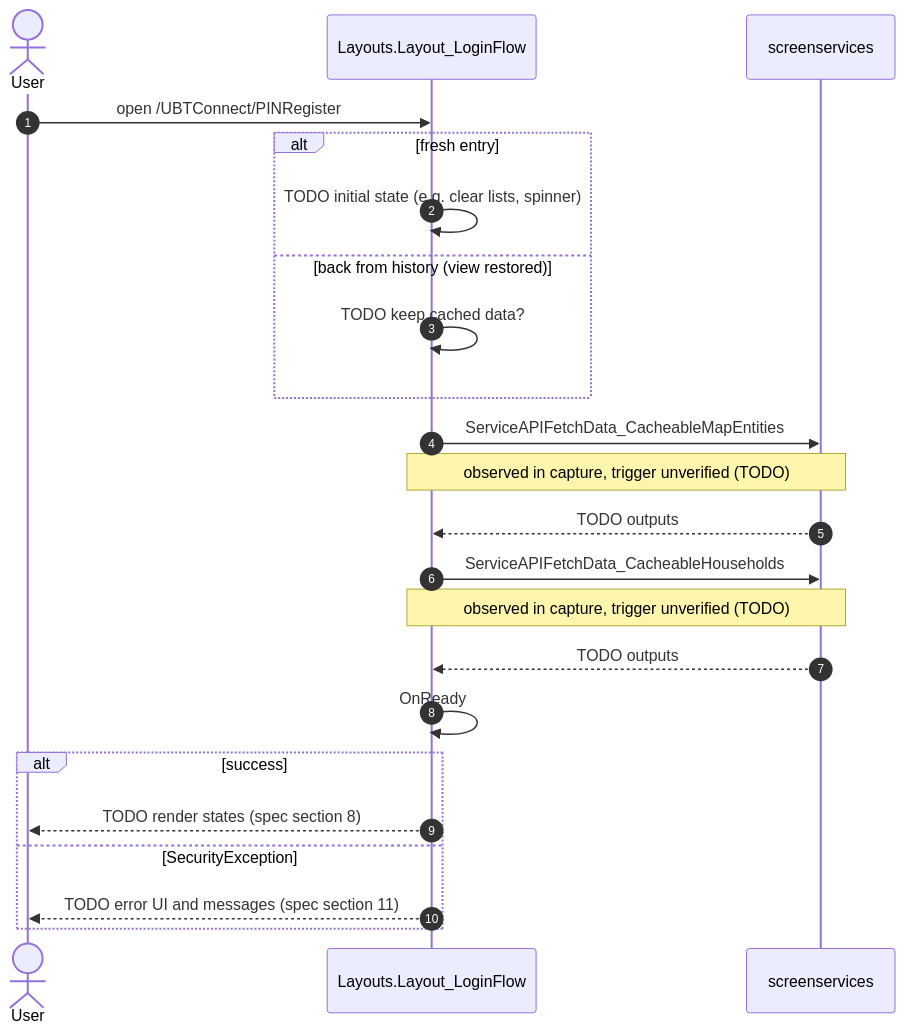
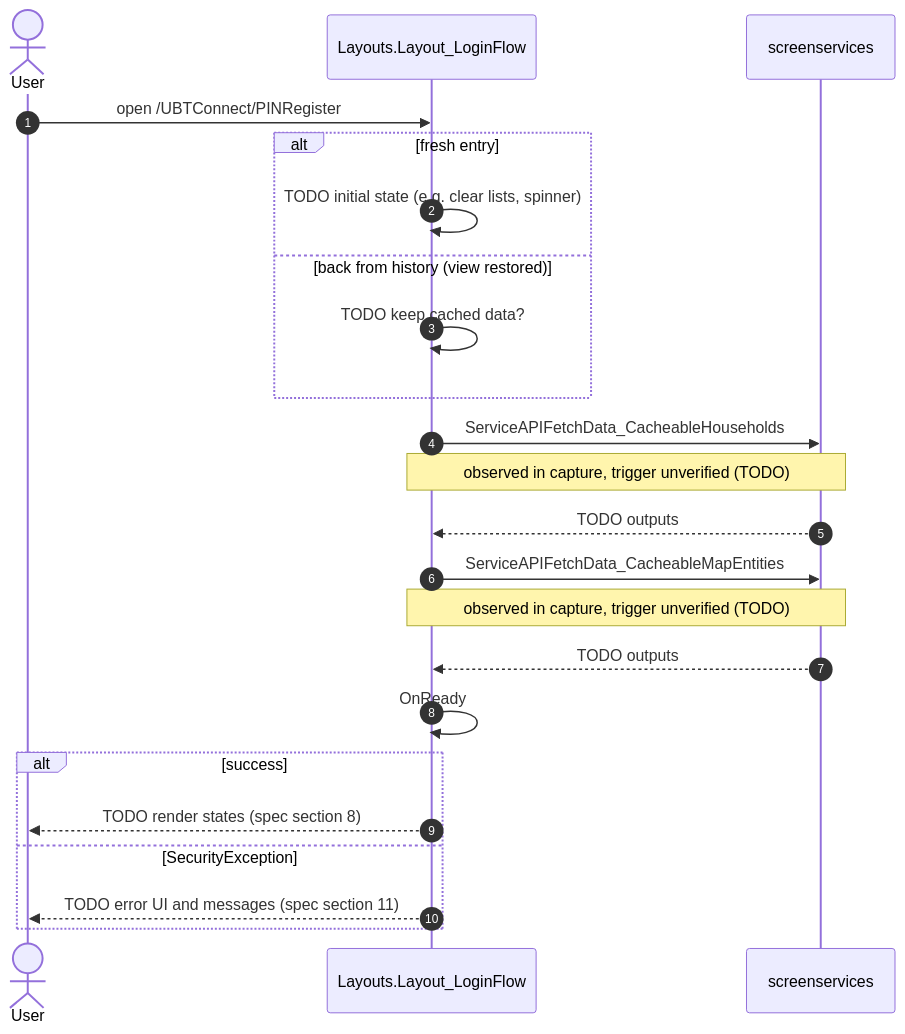
Before and after one commit to Phoenix-DX/connect-new-ui: the second of 7 diagrams in migration/screens/PINRegister/analysis/diagrams.md, drawn with Mermaid. The commit also changed other lines of this file and 1877 other files, not shown here.

````diff
--- a/migration/screens/PINRegister/analysis/diagrams.md
+++ b/migration/screens/PINRegister/analysis/diagrams.md
@@ -62,26 +62,26 @@
 ```mermaid
 %% DRAFT generated by analyze_capture.py. Fill every TODO from the handlers in sources/pretty.
 sequenceDiagram
   autonumber
   actor U as User
   participant S as Layouts.Layout_LoginFlow
   participant API as screenservices
   U->>S: open /UBTConnect/PINRegister
   alt fresh entry
     S->>S: TODO initial state (e.g. clear lists, spinner)
   else back from history (view restored)
     S->>S: TODO keep cached data?
   end
-  S->>API: ServiceAPIFetchData_CacheableMapEntities
+  S->>API: ServiceAPIFetchData_CacheableHouseholds
   Note over S,API: observed in capture, trigger unverified (TODO)
   API-->>S: TODO outputs
-  S->>API: ServiceAPIFetchData_CacheableHouseholds
+  S->>API: ServiceAPIFetchData_CacheableMapEntities
   Note over S,API: observed in capture, trigger unverified (TODO)
   API-->>S: TODO outputs
   S->>S: OnReady
   alt success
     S-->>U: TODO render states (spec section 8)
   else SecurityException
     S-->>U: TODO error UI and messages (spec section 11)
   end
 ```
````
